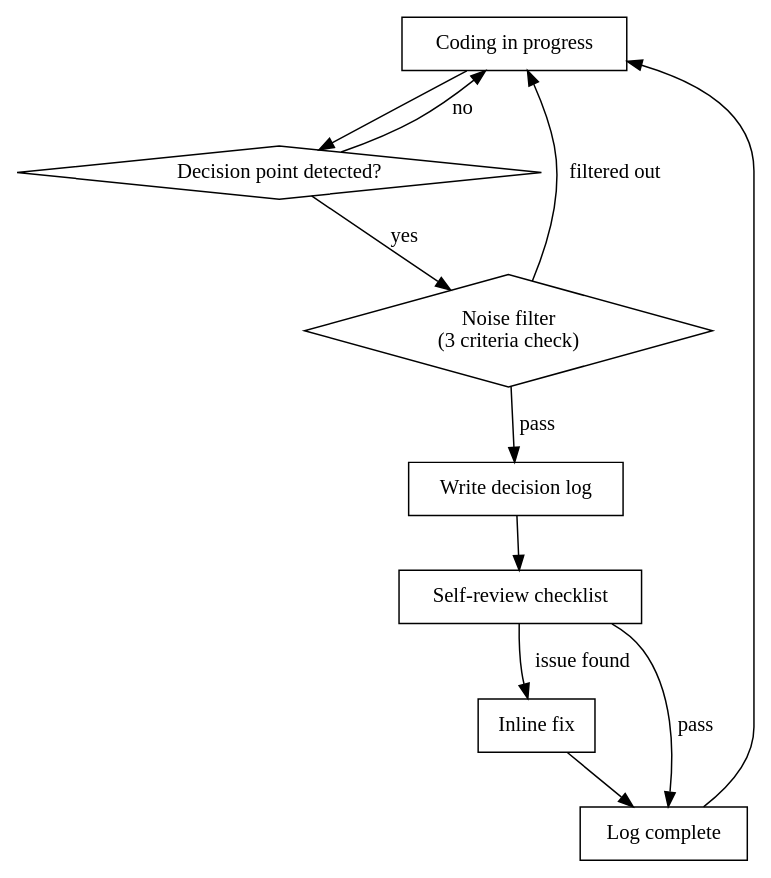
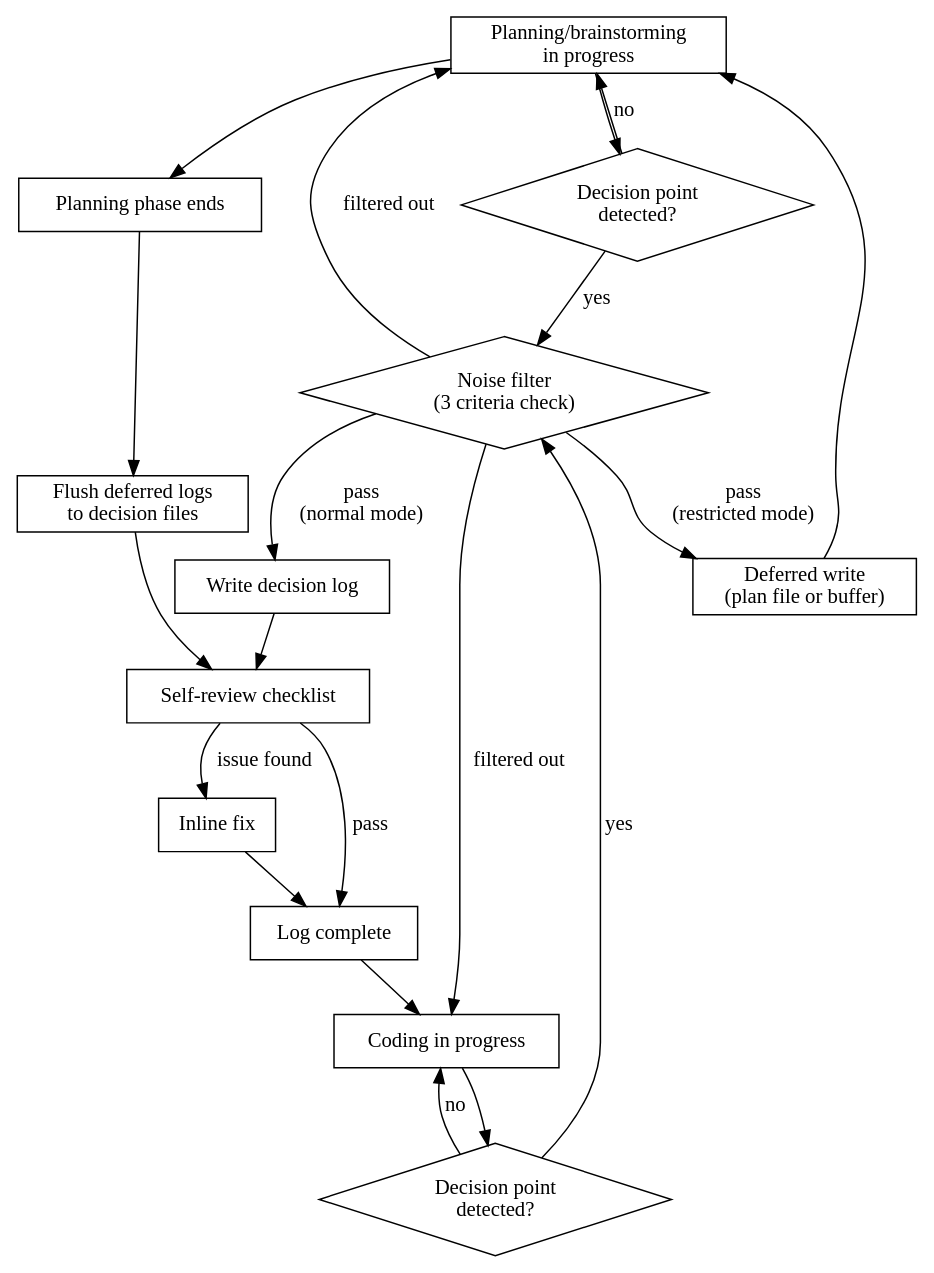
The diagram in skills/why-log/SKILL.md (suMin77123/why-log), drawn with Graphviz before and after one commit. The commit also changed other lines of this file and 3 other files, not shown here.

First line of the commit message:
Add decision logging for planning/brainstorming phases

````diff
--- a/skills/why-log/SKILL.md
+++ b/skills/why-log/SKILL.md
@@ -29,24 +31,40 @@
 ```dot
 digraph why_log {
   rankdir=TB;
   node [shape=box];
+
+  "Planning" [label="Planning/brainstorming\nin progress"];
   "Coding" [label="Coding in progress"];
-  "Detect" [label="Decision point detected?" shape=diamond];
+  "Detect_P" [label="Decision point\ndetected?" shape=diamond];
+  "Detect_C" [label="Decision point\ndetected?" shape=diamond];
   "Filter" [label="Noise filter\n(3 criteria check)" shape=diamond];
+  "Deferred" [label="Deferred write\n(plan file or buffer)"];
   "Write" [label="Write decision log"];
   "Review" [label="Self-review checklist"];
   "Fix" [label="Inline fix"];
   "Done" [label="Log complete"];
+  "Flush" [label="Flush deferred logs\nto decision files"];
+  "PlanExit" [label="Planning phase ends"];
 
-  "Coding" -> "Detect";
-  "Detect" -> "Filter" [label="yes"];
-  "Detect" -> "Coding" [label="no"];
-  "Filter" -> "Write" [label="pass"];
+  "Planning" -> "Detect_P";
+  "Detect_P" -> "Filter" [label="yes"];
+  "Detect_P" -> "Planning" [label="no"];
+  "Filter" -> "Deferred" [label="pass\n(restricted mode)"];
+  "Filter" -> "Write" [label="pass\n(normal mode)"];
+  "Filter" -> "Planning" [label="filtered out"];
   "Filter" -> "Coding" [label="filtered out"];
+  "Deferred" -> "Planning";
+  "Planning" -> "PlanExit";
+  "PlanExit" -> "Flush";
+  "Flush" -> "Review";
+
+  "Coding" -> "Detect_C";
+  "Detect_C" -> "Filter" [label="yes"];
+  "Detect_C" -> "Coding" [label="no"];
   "Write" -> "Review";
   "Review" -> "Fix" [label="issue found"];
   "Review" -> "Done" [label="pass"];
   "Fix" -> "Done";
   "Done" -> "Coding";
 }
 ```
````
